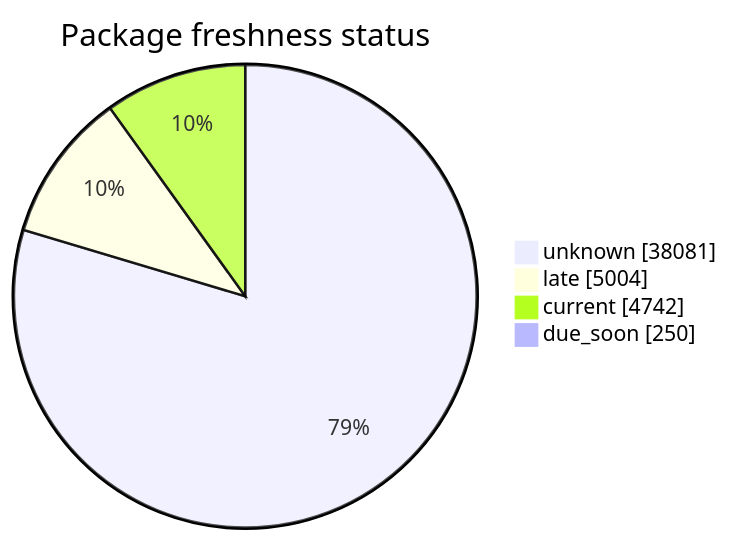
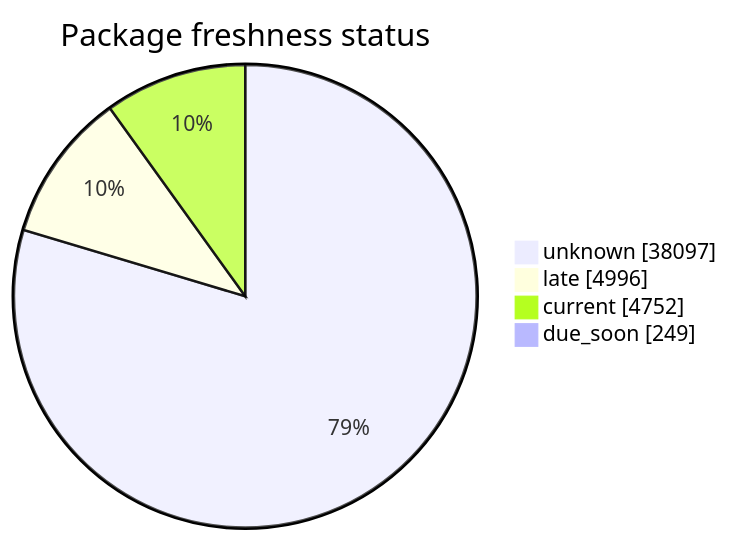
One commit to open-data/analytics-corporate-reporting changed the second of 5 diagrams in FreshCheck/README.md. Above: the diagram before and after it, drawn with Mermaid. The commit also changed other lines of this file and 3 other files, not shown here.

````diff
--- a/FreshCheck/README.md
+++ b/FreshCheck/README.md
@@ -68,7 +68,7 @@
 ```mermaid
 pie showData title Package freshness status
-    "unknown": 38081
-    "late": 5004
-    "current": 4742
-    "due_soon": 250
+    "unknown": 38097
+    "late": 4996
+    "current": 4752
+    "due_soon": 249
 ```
````
